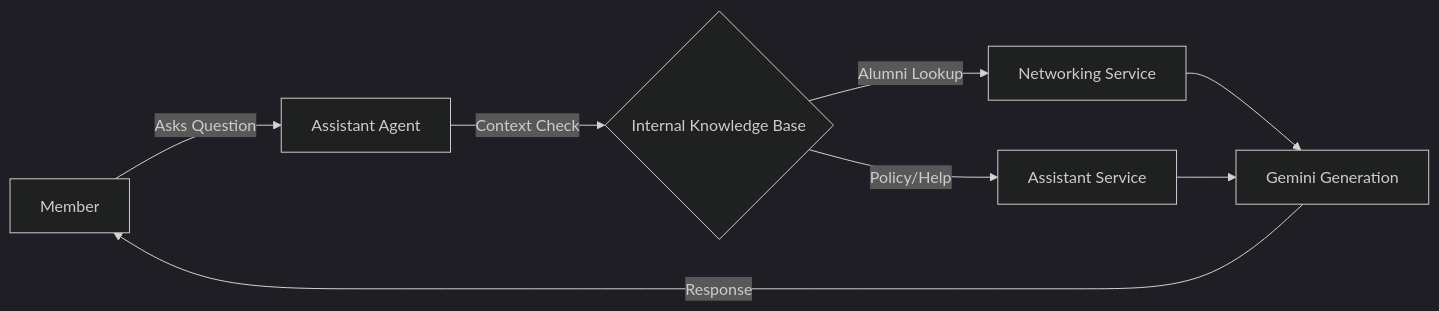
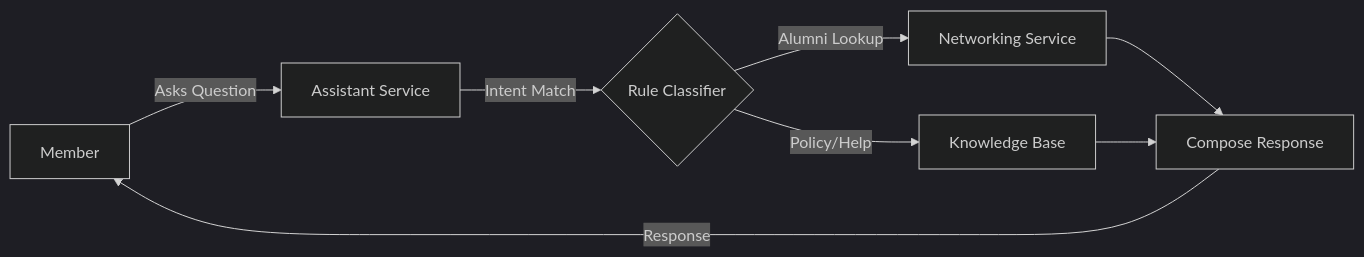
Before and after one commit to shalin-rahman/GHCAA: the fourth of 4 diagrams in README.md, drawn with Mermaid (dark theme). The commit also changed other lines of this file and 2 other files, not shown here.

````diff
--- a/README.md
+++ b/README.md
@@ -126,10 +128,10 @@
 ```mermaid
 graph LR
-    A[Member] -->|Asks Question| B[Assistant Agent]
-    B -->|Context Check| C{Internal Knowledge Base}
+    A[Member] -->|Asks Question| B[Assistant Service]
+    B -->|Intent Match| C{Rule Classifier}
     C -->|Alumni Lookup| D[Networking Service]
-    C -->|Policy/Help| E[Assistant Service]
-    D --> F[Gemini Generation]
+    C -->|Policy/Help| E[Knowledge Base]
+    D --> F[Compose Response]
     E --> F
     F -->|Response| A
 ```
````
